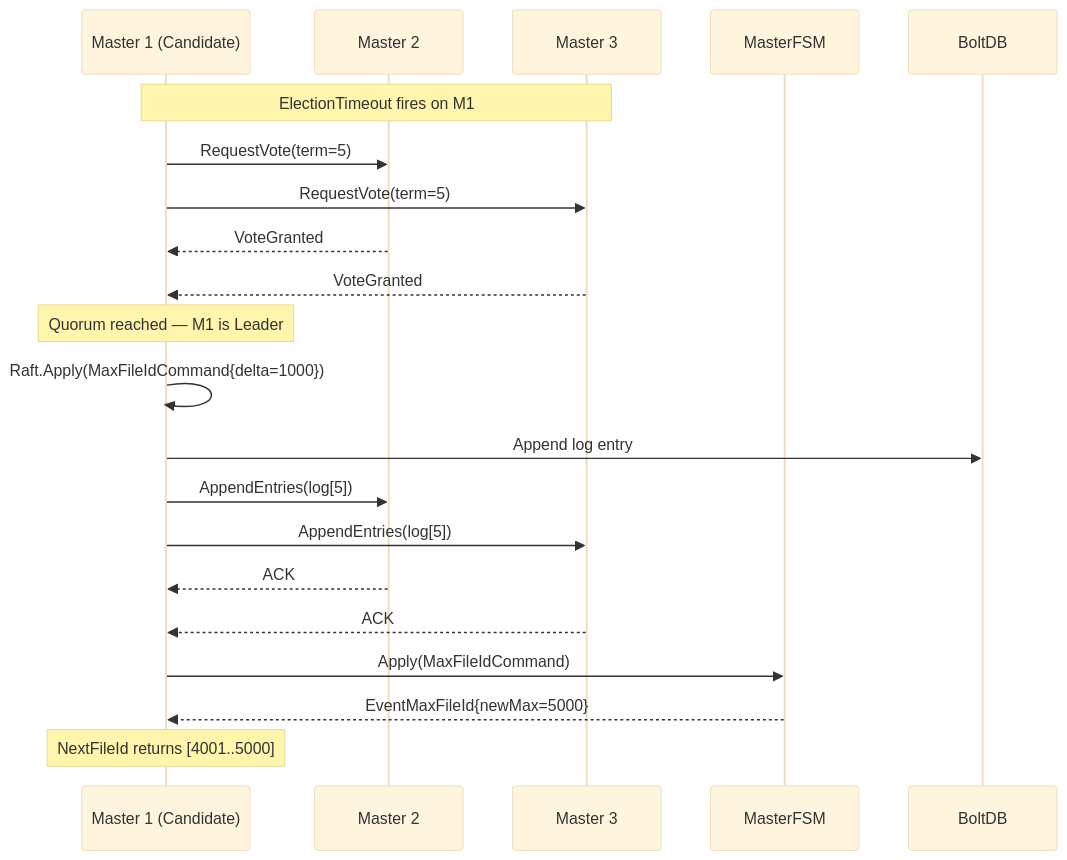
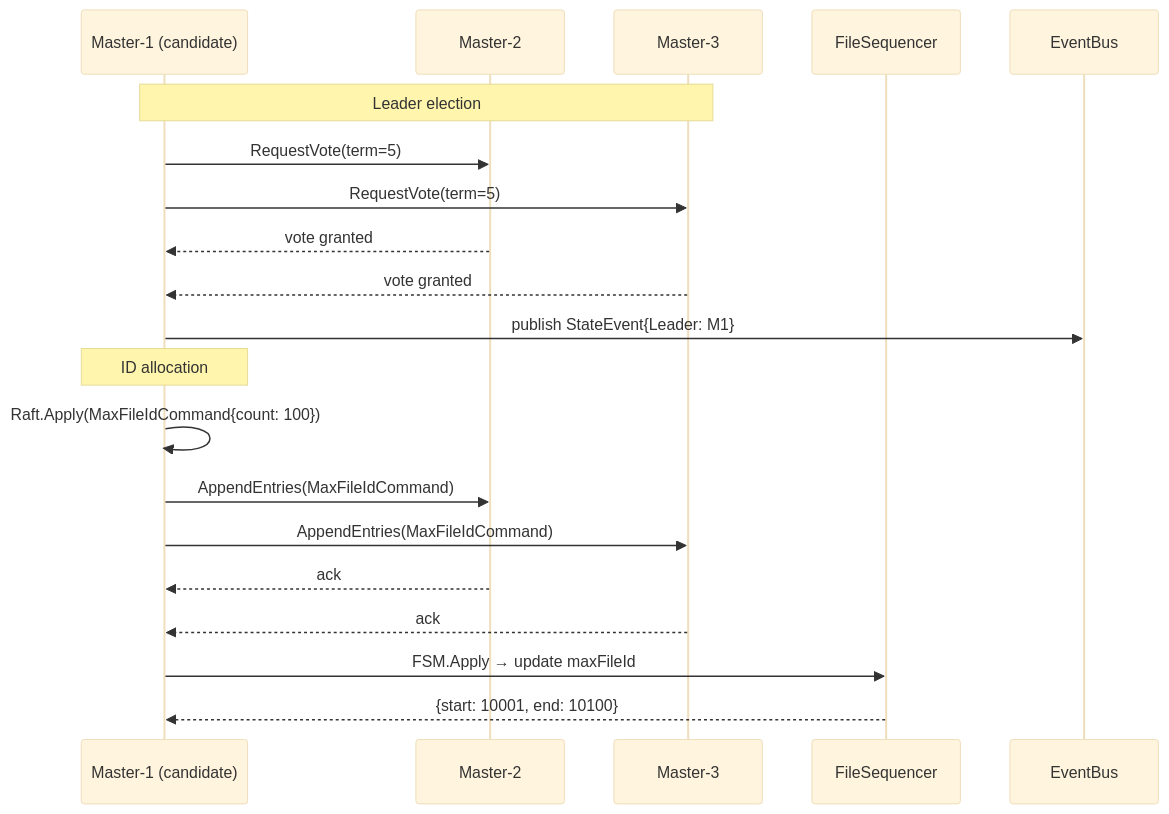
The ninth of 15 diagrams in design/diagrams.md (Khanh-21522203/GoBlob), drawn with Mermaid (base theme) before and after one commit. The commit also changed other lines of this file, not shown here.

Commit message:
dia: diagram knowledge

````diff
--- a/design/diagrams.md
+++ b/design/diagrams.md
@@ -275,24 +341,24 @@
 ```mermaid
 sequenceDiagram
-    participant M1 as Master 1 (Candidate)
-    participant M2 as Master 2
-    participant M3 as Master 3
-    participant FSM as MasterFSM
-    participant BOLT as BoltDB
+    participant M1 as Master-1 (candidate)
+    participant M2 as Master-2
+    participant M3 as Master-3
+    participant FS as FileSequencer
+    participant EV as EventBus
 
-    Note over M1,M3: ElectionTimeout fires on M1
+    Note over M1,M3: Leader election
     M1->>M2: RequestVote(term=5)
     M1->>M3: RequestVote(term=5)
-    M2-->>M1: VoteGranted
-    M3-->>M1: VoteGranted
-    Note over M1: Quorum reached — M1 is Leader
-    M1->>M1: Raft.Apply(MaxFileIdCommand{delta=1000})
-    M1->>BOLT: Append log entry
-    M1->>M2: AppendEntries(log[5])
-    M1->>M3: AppendEntries(log[5])
-    M2-->>M1: ACK
-    M3-->>M1: ACK
-    M1->>FSM: Apply(MaxFileIdCommand)
-    FSM-->>M1: EventMaxFileId{newMax=5000}
-    Note over M1: NextFileId returns [4001..5000]
+    M2-->>M1: vote granted
+    M3-->>M1: vote granted
+    M1->>EV: publish StateEvent{Leader: M1}
+
+    Note over M1: ID allocation
+    M1->>M1: Raft.Apply(MaxFileIdCommand{count: 100})
+    M1->>M2: AppendEntries(MaxFileIdCommand)
+    M1->>M3: AppendEntries(MaxFileIdCommand)
+    M2-->>M1: ack
+    M3-->>M1: ack
+    M1->>FS: FSM.Apply → update maxFileId
+    FS-->>M1: {start: 10001, end: 10100}
 ```
````
